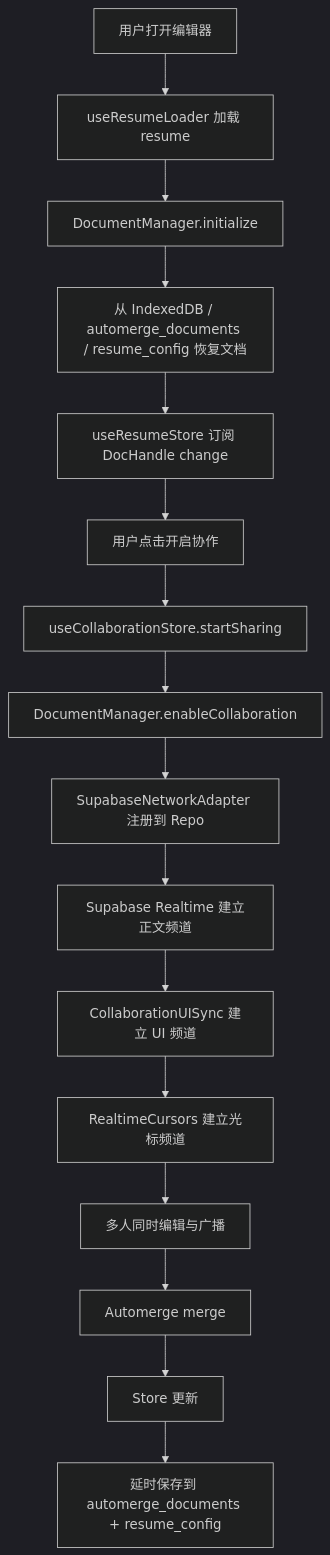
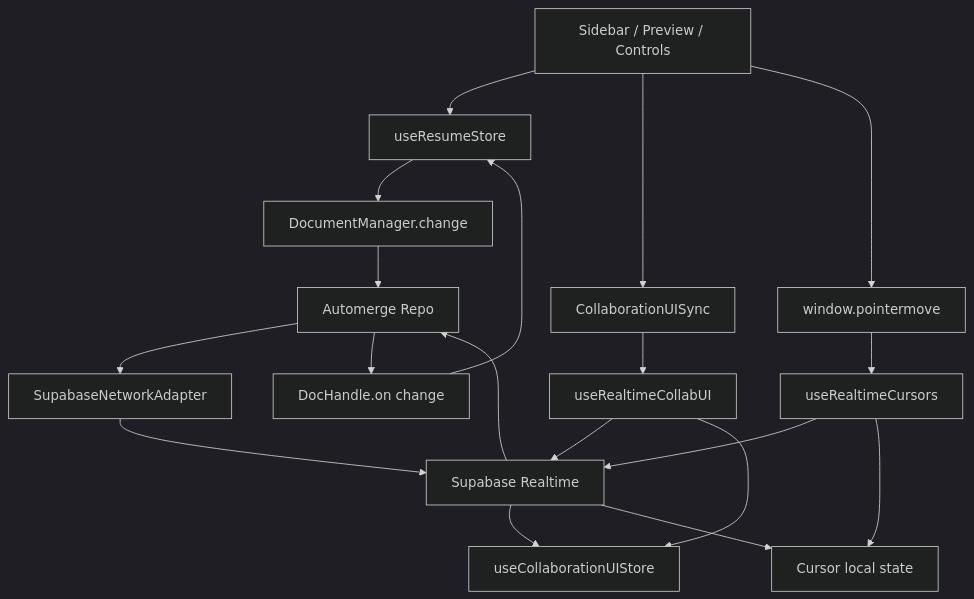
One commit to seaeam/resume changed the second of 3 diagrams in docs/realtime-collaboration-system.md. Above: the diagram before and after it, drawn with Mermaid (dark theme). The commit also changed other lines of this file and 57 other files, not shown here.

````diff
--- a/docs/realtime-collaboration-system.md
+++ b/docs/realtime-collaboration-system.md
@@ -560,18 +975,26 @@
 ```mermaid
 flowchart TD
-  A[用户打开编辑器] --> B[useResumeLoader 加载 resume]
-  B --> C[DocumentManager.initialize]
-  C --> D[从 IndexedDB / automerge_documents / resume_config 恢复文档]
-  D --> E[useResumeStore 订阅 DocHandle change]
-  E --> F[用户点击开启协作]
-  F --> G[useCollaborationStore.startSharing]
-  G --> H[DocumentManager.enableCollaboration]
-  H --> I[SupabaseNetworkAdapter 注册到 Repo]
-  I --> J[Supabase Realtime 建立正文频道]
-  J --> K[CollaborationUISync 建立 UI 频道]
-  K --> L[RealtimeCursors 建立光标频道]
-  L --> M[多人同时编辑与广播]
-  M --> N[Automerge merge]
-  N --> O[Store 更新]
-  O --> P[延时保存到 automerge_documents + resume_config]
+  A[Sidebar / Preview / Controls] --> B[useResumeStore]
+  A --> C[CollaborationUISync]
+  A --> D[window.pointermove]
+
+  B --> E[DocumentManager.change]
+  E --> F[Automerge Repo]
+  F --> G[SupabaseNetworkAdapter]
+  G --> H[Supabase Realtime]
+
+  C --> I[useRealtimeCollabUI]
+  I --> H
+  I --> J[useCollaborationUIStore]
+
+  D --> K[useRealtimeCursors]
+  K --> H
+  K --> L[Cursor local state]
+
+  H --> F
+  H --> J
+  H --> L
+
+  F --> M[DocHandle.on change]
+  M --> B
 ```
````
